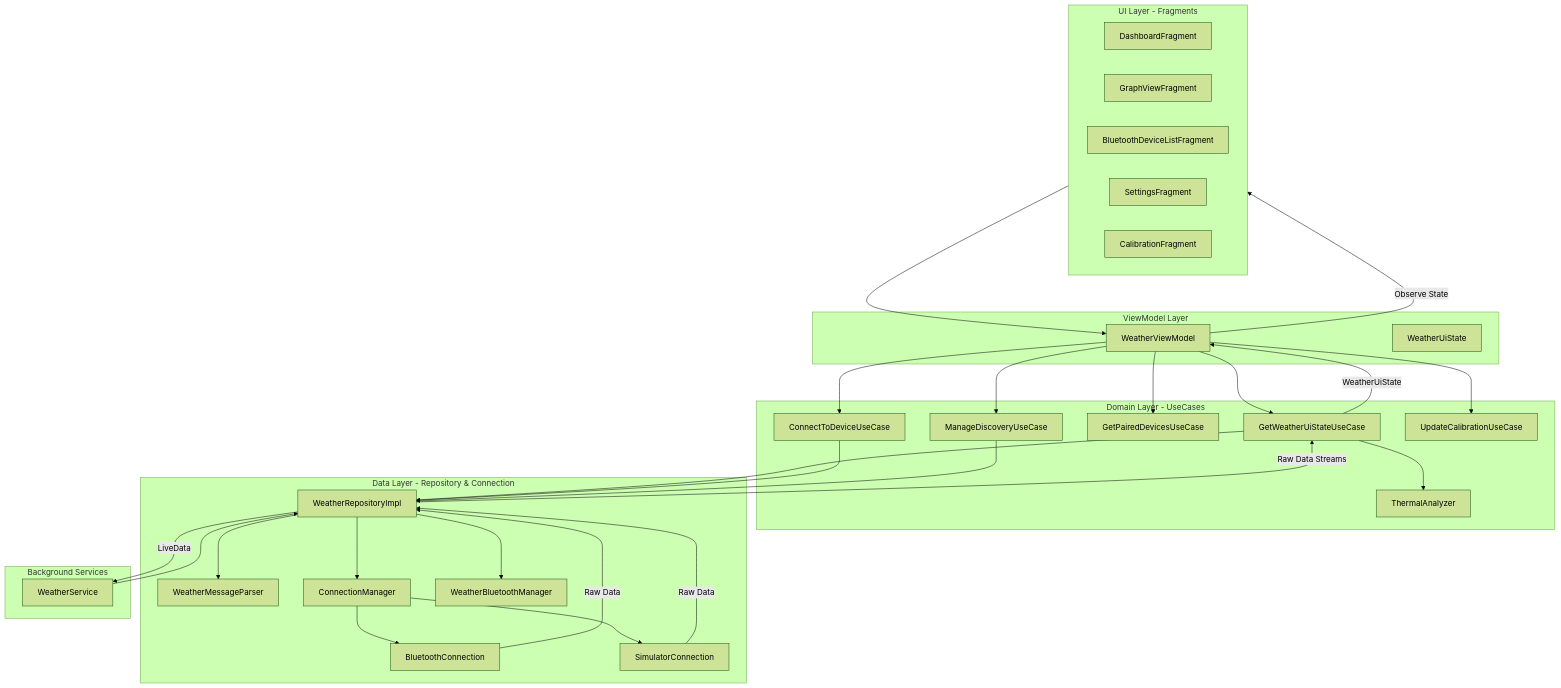
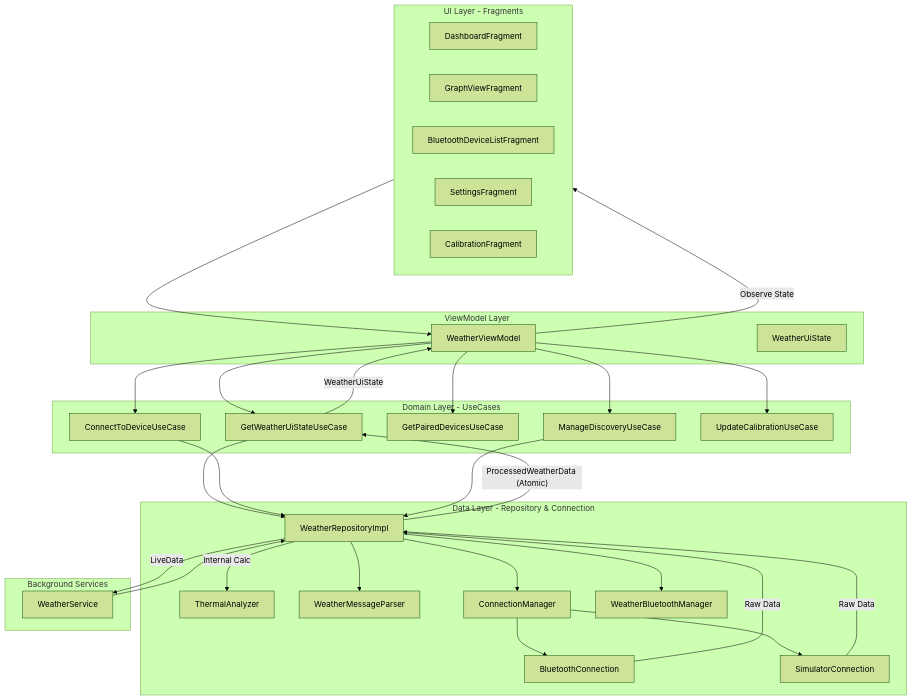
One commit to Kresshy/Weather-Station changed the diagram in ARCHITECTURE.md. Above: the diagram before and after it, drawn with Mermaid (forest theme). The commit also changed other lines of this file and 2 other files, not shown here.

First line of the commit message:
Docs: Update architecture and README for Single Heartbeat and Performance milestones

````diff
--- a/ARCHITECTURE.md
+++ b/ARCHITECTURE.md
@@ -9,63 +17,63 @@
 ```mermaid
 graph TD
     subgraph UI_Layer [UI Layer - Fragments]
         DF[DashboardFragment]
         GVF[GraphViewFragment]
         BDLF[BluetoothDeviceListFragment]
         SF[SettingsFragment]
         CF[CalibrationFragment]
     end
 
     subgraph ViewModel_Layer [ViewModel Layer]
         WVM[WeatherViewModel]
         WUS[WeatherUiState]
     end
 
     subgraph Domain_Layer [Domain Layer - UseCases]
         GWUS[GetWeatherUiStateUseCase]
         CTD[ConnectToDeviceUseCase]
         GPD[GetPairedDevicesUseCase]
         MD[ManageDiscoveryUseCase]
         UC[UpdateCalibrationUseCase]
-        TA[ThermalAnalyzer]
     end
 
     subgraph Data_Layer [Data Layer - Repository & Connection]
         WRI[WeatherRepositoryImpl]
+        TA[ThermalAnalyzer]
         WMP[WeatherMessageParser]
         CM[ConnectionManager]
         WBM[WeatherBluetoothManager]
         BC[BluetoothConnection]
         SC[SimulatorConnection]
     end
 
     subgraph Service_Layer [Background Services]
         WS[WeatherService]
     end
 
     %% Component Interactions
     UI_Layer --> WVM
     WVM --> GWUS
     WVM --> CTD
     WVM --> GPD
     WVM --> MD
     WVM --> UC
     GWUS --> WRI
-    GWUS --> TA
     CTD --> WRI
     MD --> WRI
     WS --> WRI
+    WRI -- "Internal Calc" --> TA
     WRI --> CM
     WRI --> WBM
     WRI --> WMP
     CM --> BC
     CM --> SC
 
-    %% Data Flow (LiveData / UDF)
-    WRI -- "Raw Data Streams" --> GWUS
+    %% Data Flow (Single Heartbeat)
+    WRI -- "ProcessedWeatherData (Atomic)" --> GWUS
     GWUS -- "WeatherUiState" --> WVM
     WVM -- "Observe State" --> UI_Layer
     WRI -- "LiveData" --> WS
     BC -- "Raw Data" --> WRI
     SC -- "Raw Data" --> WRI
 ```
````
